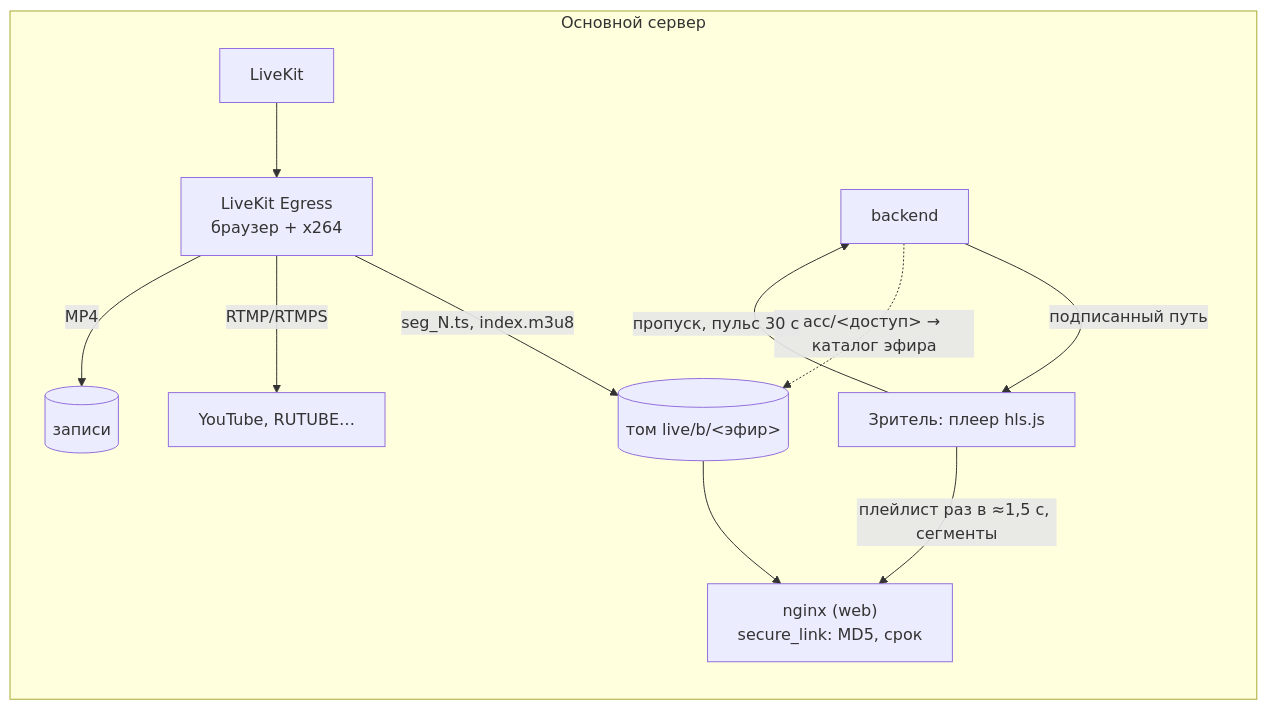
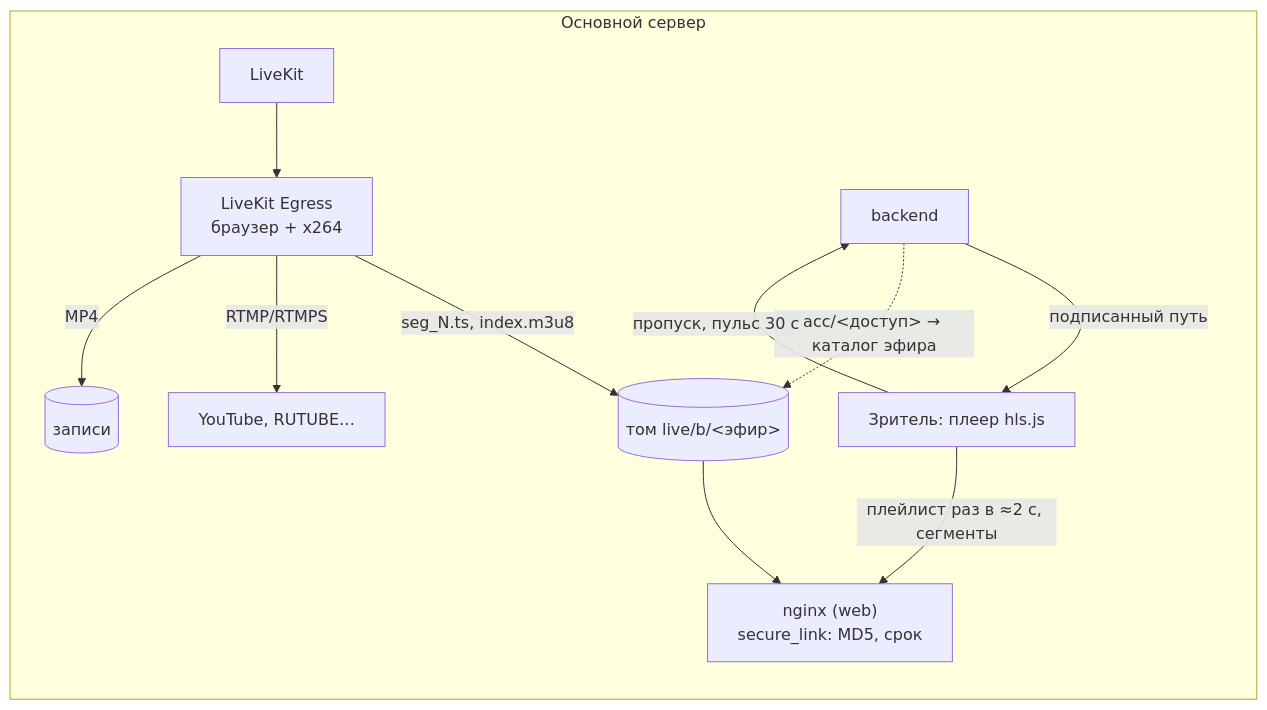
One commit to calleograph/peregovorka changed the first of 3 diagrams in docs/BROADCAST_CDN.md. Above: the diagram before and after it, drawn with Mermaid. The commit also changed other lines of this file and 22 other files, not shown here.

````diff
--- a/docs/BROADCAST_CDN.md
+++ b/docs/BROADCAST_CDN.md
@@ -7,14 +7,14 @@
 ```mermaid
 flowchart LR
   subgraph S["Основной сервер"]
     LK[LiveKit] --> EG["LiveKit Egress<br/>браузер + x264"]
     EG -->|"seg_N.ts, index.m3u8"| FS[("том live/b/&lt;эфир&gt;")]
     EG -->|RTMP/RTMPS| EXT["YouTube, RUTUBE…"]
     EG -->|MP4| REC[("записи")]
     FS --> NG["nginx (web)<br/>secure_link: MD5, срок"]
     BE[backend] -->|"подписанный путь"| VIEW
     BE -.->|"acc/&lt;доступ&gt; → каталог эфира"| FS
   end
-  VIEW["Зритель: плеер hls.js"] -->|"плейлист раз в ≈1,5 с, сегменты"| NG
+  VIEW["Зритель: плеер hls.js"] -->|"плейлист раз в ≈2 с, сегменты"| NG
   VIEW -->|"пропуск, пульс 30 с"| BE
 ```
````
